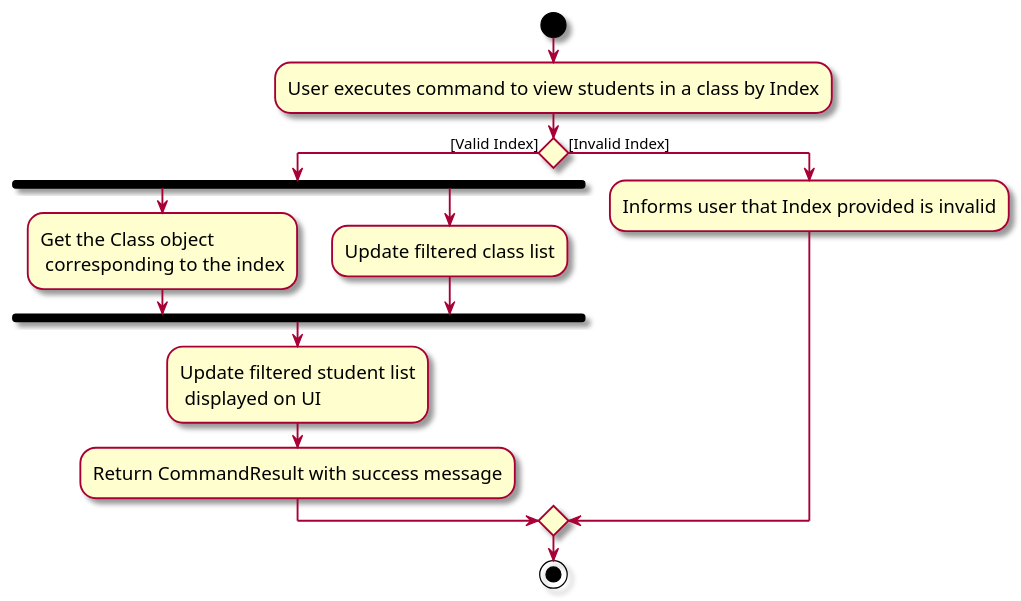
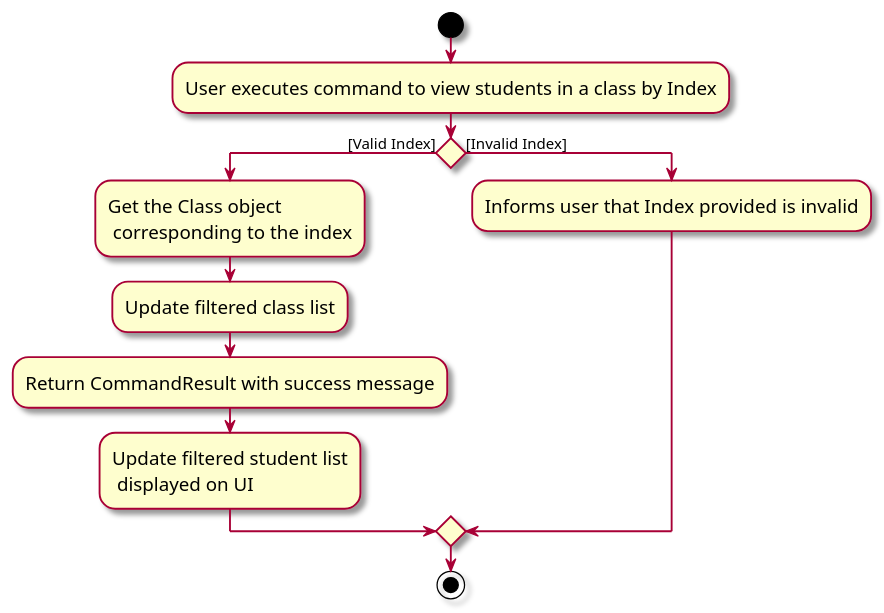
One commit to sudarshan2401/tp changed the diagram in diagrams/ViewClassActivityDiagram.puml. Above: the diagram before and after it, drawn with PlantUML. The commit also changed 56 other files, not shown here.

```diff
--- a/diagrams/ViewClassActivityDiagram.puml
+++ b/diagrams/ViewClassActivityDiagram.puml
@@ -1,21 +1,17 @@
 @startuml
 skin rose
 skinparam ActivityFontSize 15
 skinparam ArrowFontSize 12
+
 start
 :User executes command to view students in a class by Index;
-
-
 if () then ([Valid Index])
-    fork
-        :Get the Class object\n corresponding to the index;
-    fork again
-        :Update filtered class list;
-    end fork
+    :Get the Class object\n corresponding to the index;
+    :Update filtered class list;
+    :Return CommandResult with success message;
     :Update filtered student list\n displayed on UI;
-    :Return CommandResult with success message;
 else ([Invalid Index])
     :Informs user that Index provided is invalid;
 endif
 stop
 @enduml
```
